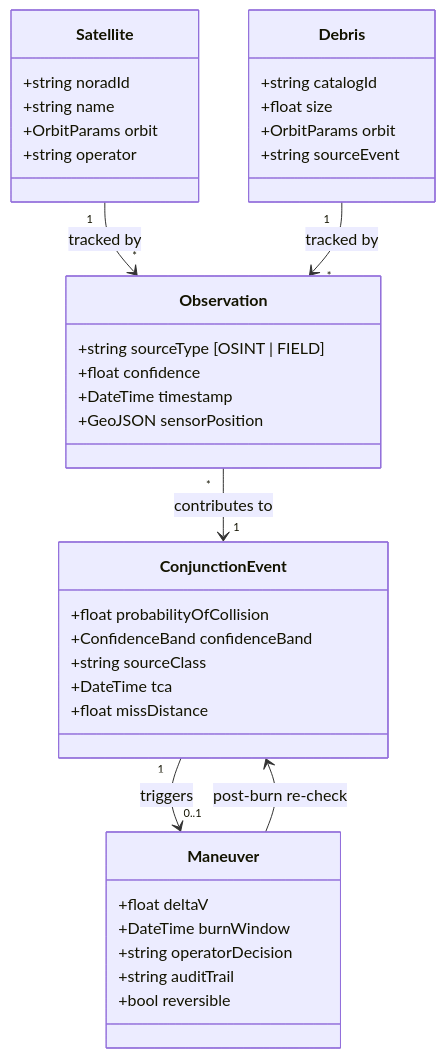
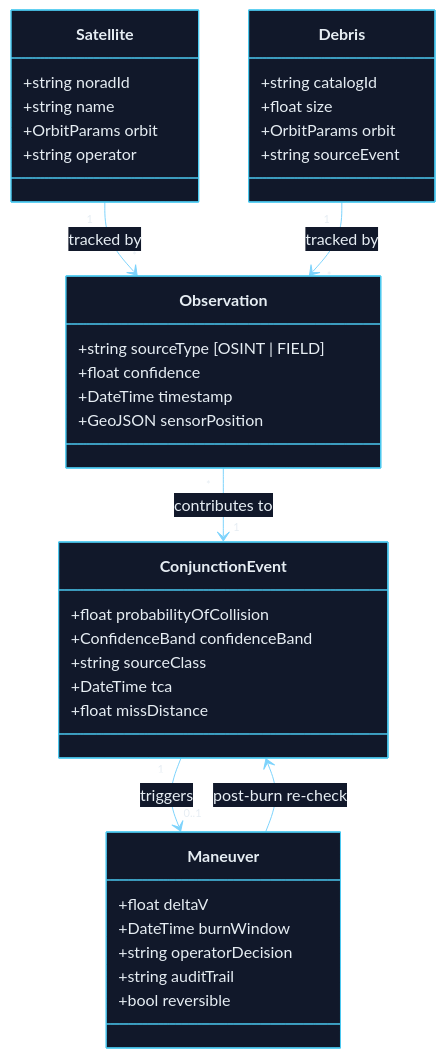
One commit to jeremienunez/thalamus-usecase-ssa- changed the tenth of 15 diagrams in README.md. Above: the diagram before and after it, drawn with Mermaid. The commit also changed other lines of this file and 9 other files, not shown here.

````diff
--- a/README.md
+++ b/README.md
@@ -654,45 +458,46 @@
 ```mermaid
+%%{init: {'theme':'base','themeVariables':{'background':'#0b0f17','primaryColor':'#11182a','primaryTextColor':'#e6edf3','primaryBorderColor':'#4cc9f0','secondaryColor':'#1a2033','tertiaryColor':'#141a28','secondaryTextColor':'#e6edf3','tertiaryTextColor':'#e6edf3','noteTextColor':'#e6edf3','noteBkgColor':'#1a2033','noteBorderColor':'#4cc9f0','lineColor':'#7dd3fc','textColor':'#e6edf3','mainBkg':'#11182a','secondBkg':'#1a2033','clusterBkg':'#0d1320','clusterBorder':'#4cc9f0','titleColor':'#e6edf3','edgeLabelBackground':'#0b0f17','labelBoxBkgColor':'#11182a','labelBoxBorderColor':'#4cc9f0','labelTextColor':'#e6edf3','actorBkg':'#11182a','actorBorder':'#4cc9f0','actorTextColor':'#e6edf3','actorLineColor':'#7dd3fc','signalColor':'#e6edf3','signalTextColor':'#e6edf3','activationBkgColor':'#1a2033','activationBorderColor':'#4cc9f0','sequenceNumberColor':'#0b0f17','classText':'#e6edf3'}}}%%
 classDiagram
     class Satellite {
         +string noradId
         +string name
         +OrbitParams orbit
         +string operator
     }
 
     class Debris {
         +string catalogId
         +float size
         +OrbitParams orbit
         +string sourceEvent
     }
 
     class Observation {
         +string sourceType [OSINT | FIELD]
         +float confidence
         +DateTime timestamp
         +GeoJSON sensorPosition
     }
 
     class ConjunctionEvent {
         +float probabilityOfCollision
         +ConfidenceBand confidenceBand
         +string sourceClass
         +DateTime tca
         +float missDistance
     }
 
     class Maneuver {
         +float deltaV
         +DateTime burnWindow
         +string operatorDecision
         +string auditTrail
         +bool reversible
     }
 
     Satellite "1" --> "*" Observation : tracked by
     Debris "1" --> "*" Observation : tracked by
     Observation "*" --> "1" ConjunctionEvent : contributes to
     ConjunctionEvent "1" --> "0..1" Maneuver : triggers
     Maneuver --> ConjunctionEvent : post-burn re-check
 ```
````
